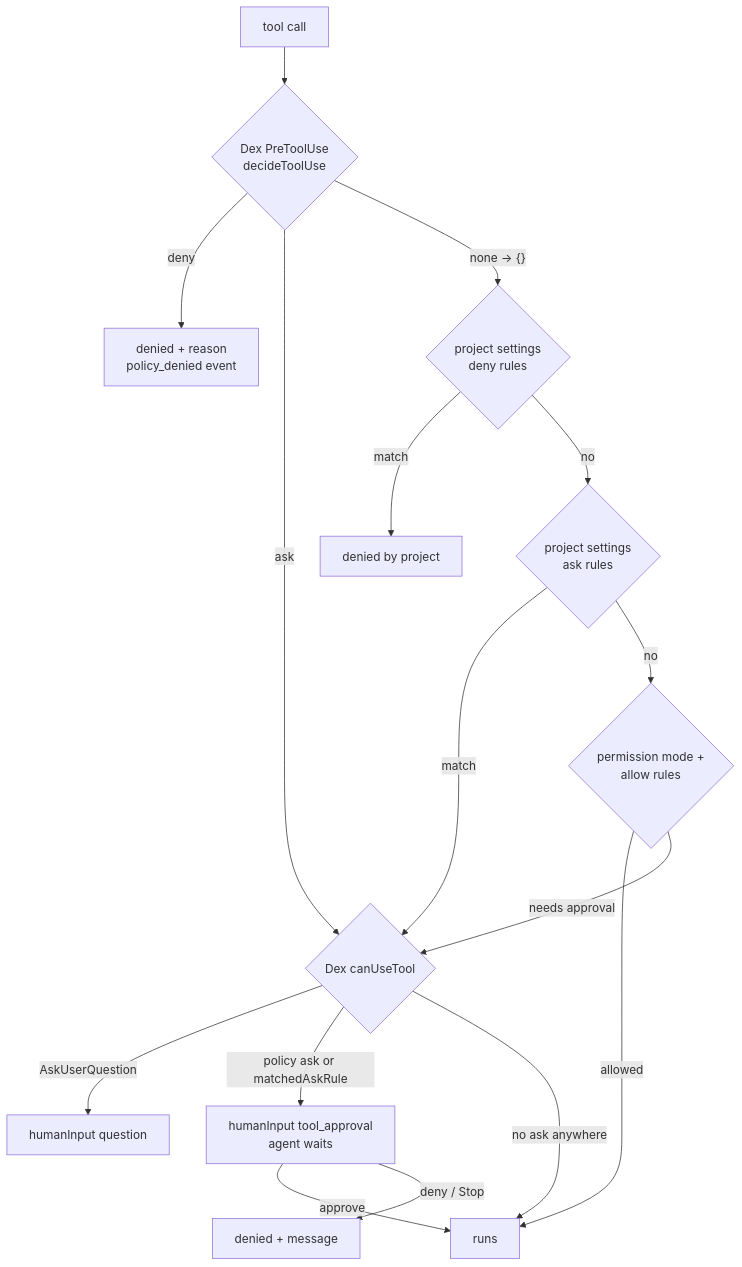
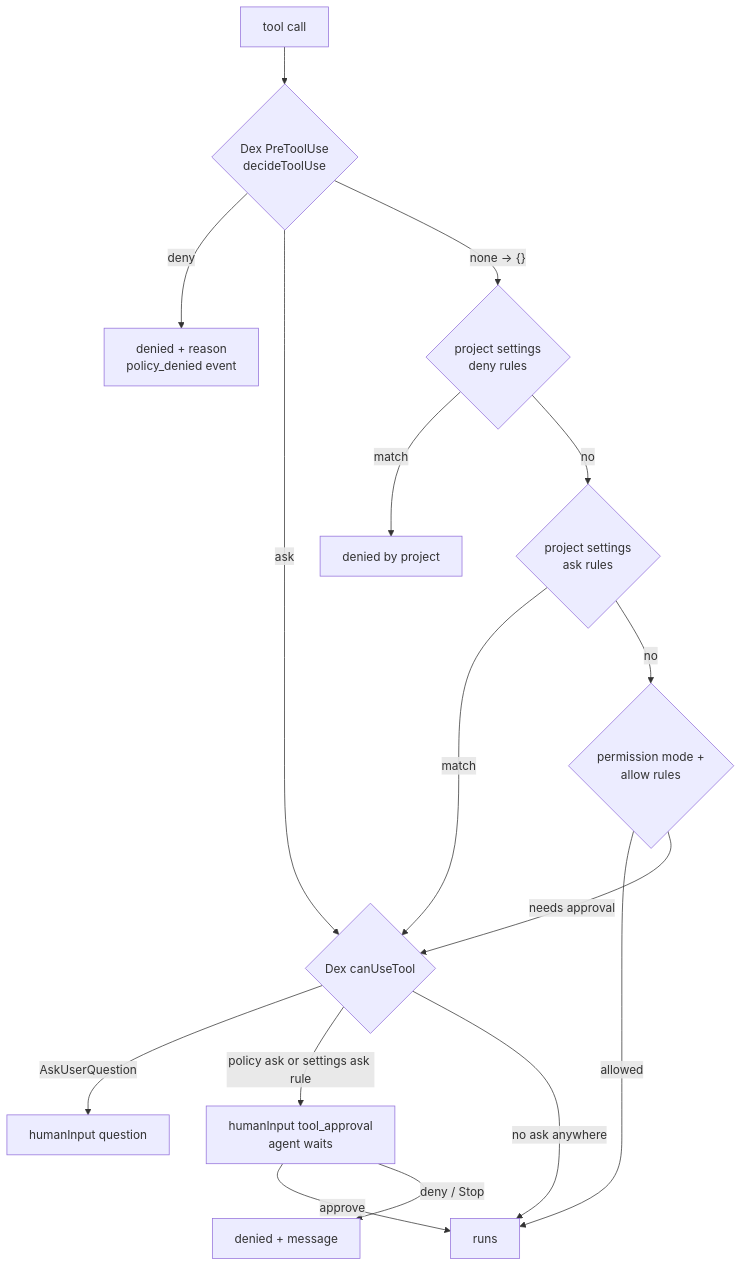
Before and after one commit to lukaskellerstein/dex: the diagram in specs/015-lean-core/contracts/policy-json.md, drawn with Mermaid. The commit also changed other lines of this file and 15 other files, not shown here.

First line of the commit message:
Hold settings ask rules the SDK reports as decisionReasonType rule (T067)

````diff
--- a/specs/015-lean-core/contracts/policy-json.md
+++ b/specs/015-lean-core/contracts/policy-json.md
@@ -66,18 +66,18 @@
 ```mermaid
 flowchart TD
   T[tool call] --> H{"Dex PreToolUse<br/>decideToolUse"}
   H -->|deny| D1["denied + reason<br/>policy_denied event"]
   H -->|ask| CU
   H -->|"none → {}"| SD{"project settings<br/>deny rules"}
   SD -->|match| D2[denied by project]
   SD -->|no| SA{"project settings<br/>ask rules"}
   SA -->|match| CU
   SA -->|no| M{"permission mode +<br/>allow rules"}
   M -->|allowed| RUN[runs]
   M -->|needs approval| CU{"Dex canUseTool"}
   CU -->|"AskUserQuestion"| Q[humanInput question]
-  CU -->|"policy ask or matchedAskRule"| A["humanInput tool_approval<br/>agent waits"]
+  CU -->|"policy ask or settings ask rule"| A["humanInput tool_approval<br/>agent waits"]
   CU -->|"no ask anywhere"| RUN
   A -->|approve| RUN
   A -->|"deny / Stop"| D3[denied + message]
 ```
````
